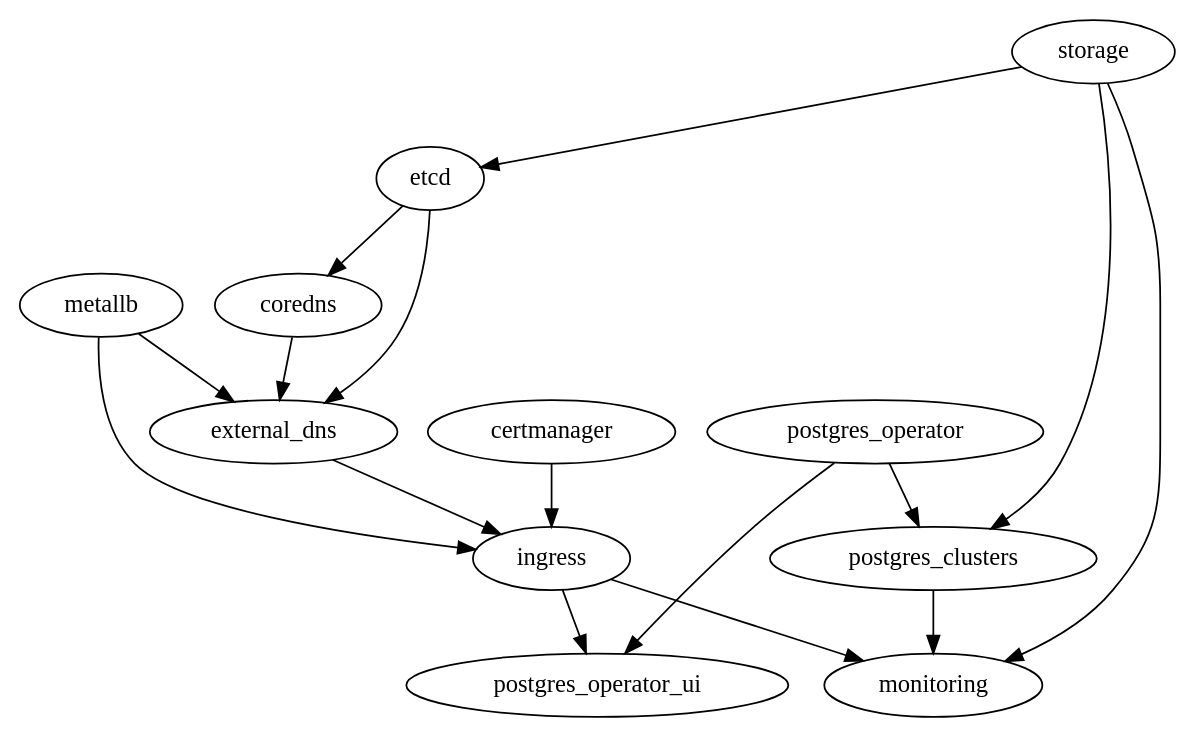
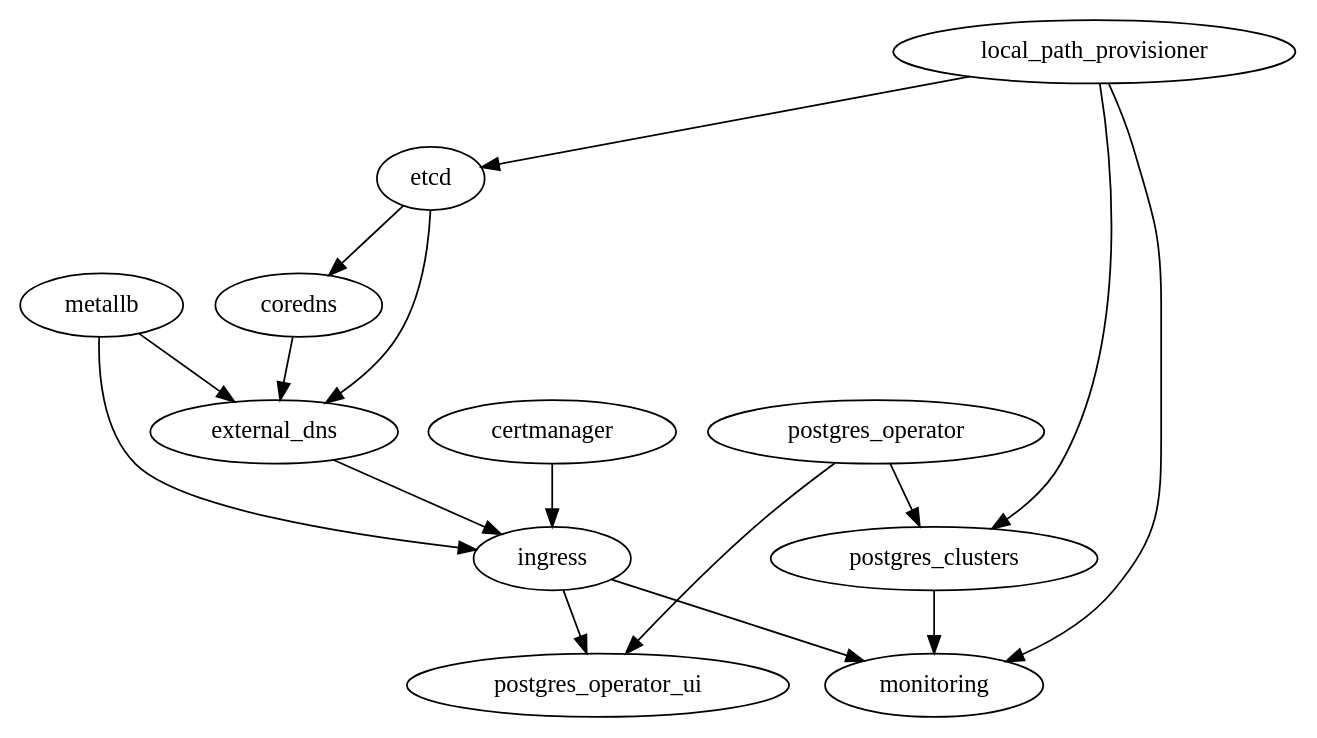
The diagram in diagrams/graph.dot (digitalstudium/devops-homelab), drawn with Graphviz before and after one commit. The commit also changed 5 other files, not shown here.

```diff
--- a/diagrams/graph.dot
+++ b/diagrams/graph.dot
@@ -1,17 +1,17 @@
 digraph G {
   metallb -> ingress;
   metallb -> external_dns;
   etcd -> external_dns;
   coredns -> external_dns;
   etcd -> coredns;
   certmanager -> ingress;
   external_dns -> ingress;
   postgres_operator -> postgres_operator_ui;
   postgres_operator -> postgres_clusters;
-  storage -> postgres_clusters;
-  storage -> etcd;
+  local_path_provisioner -> postgres_clusters;
+  local_path_provisioner -> etcd;
   ingress-> postgres_operator_ui;
   ingress-> monitoring;
-  storage-> monitoring;
+  local_path_provisioner-> monitoring;
   postgres_clusters->monitoring;
 }
```
